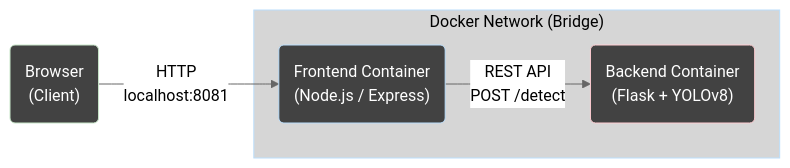
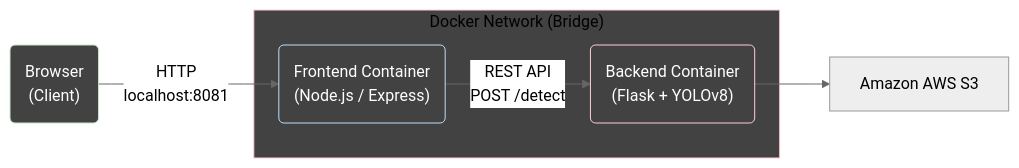
Before and after one commit to zachdyszelwcu/csc468project: the diagram in README.md, drawn with Mermaid.

````diff
--- a/README.md
+++ b/README.md
@@ -5,20 +5,20 @@
 ```mermaid
 ---
 config:
   theme: neutral
 ---
 flowchart LR
-  A("Browser<br/>(Client)") -->|"HTTP<br/>localhost:8081"| B("Frontend Container<br/>(Node.js / Express)")
+ subgraph DN["Docker Network (Bridge)"]
+        B("Frontend Container<br>(Node.js / Express)")
+        C("Backend Container<br>(Flask + YOLOv8)")
+  end
+    A("Browser<br>(Client)") -- HTTP<br>localhost:8081 --> B
+    B -- REST API<br>POST /detect --> C
+    C --> n1["Amazon AWS S3"]
 
-  B -->|"REST API<br/>POST /detect"| C("Backend Container<br/>(Flask + YOLOv8)")
-
-  subgraph DN["Docker Network (Bridge)"]
-    B
-    C
-  end
-
-  style DN color:#000000,fill:#D6D6D6,stroke:#BBDEFB
-  style A color:#FFFFFF,fill:#424242,stroke:#C8E6C9
-  style B color:#FFFFFF,fill:#424242,stroke:#BBDEFB
-  style C color:#FFFFFF,fill:#424242,stroke:#FFCDD2
+    n1@{ shape: rect}
+    style B color:#FFFFFF,fill:#424242,stroke:#BBDEFB
+    style C color:#FFFFFF,fill:#424242,stroke:#FFCDD2
+    style A color:#FFFFFF,fill:#424242,stroke:#C8E6C9
+    style DN color:#000000,fill:#D6D6D6,stroke:#BBDEFBC color:#FFFFFF,fill:#424242,stroke:#FFCDD2
 ```
````
